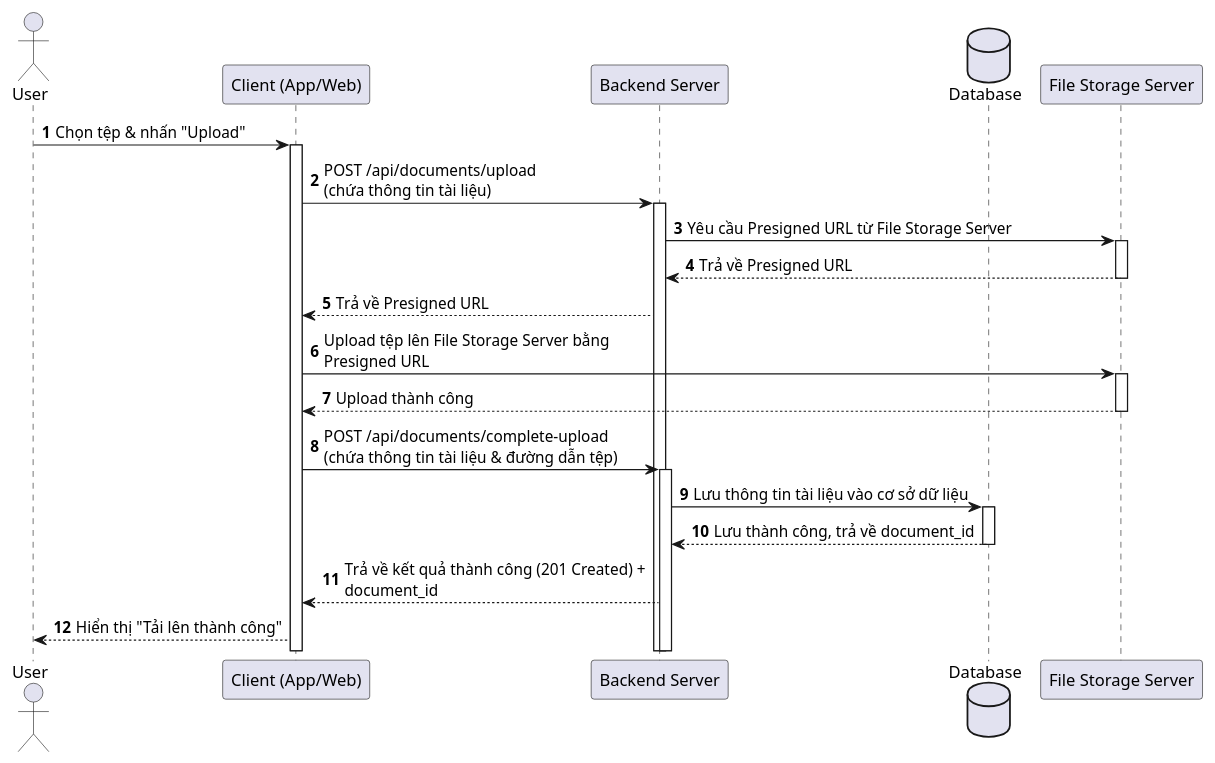
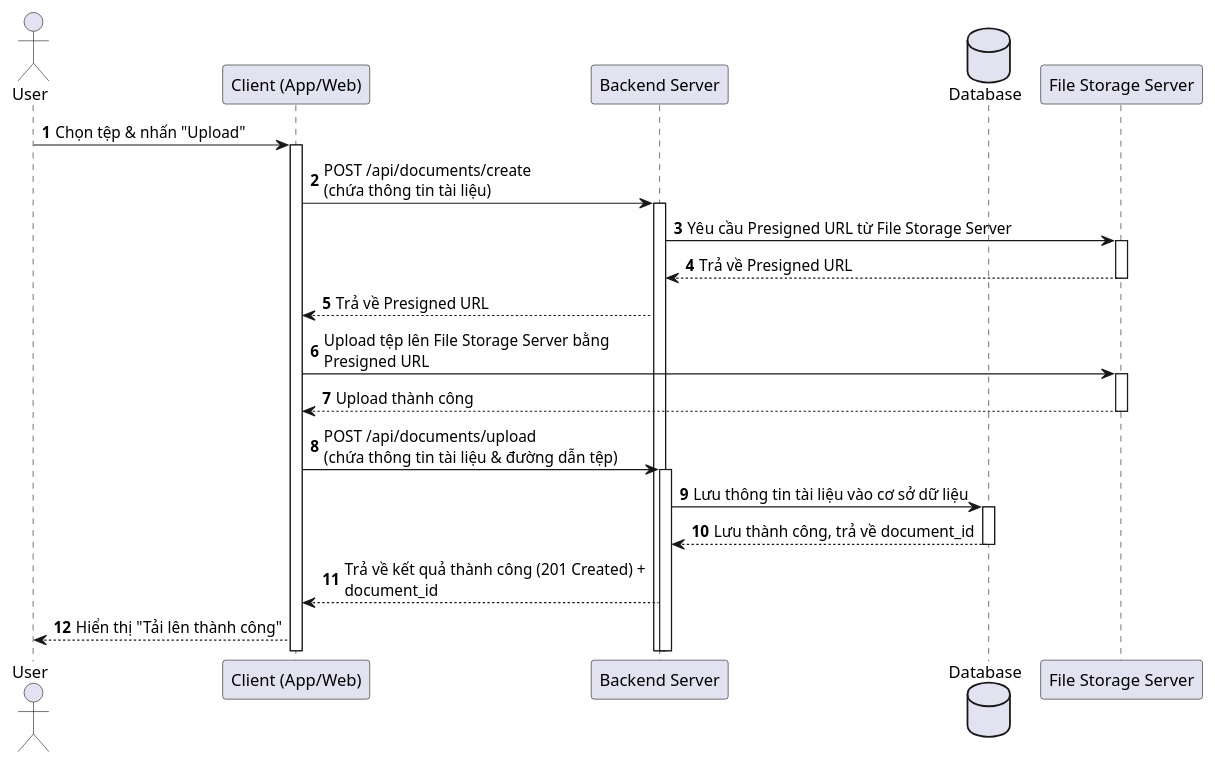
The diagram in docs/diagrams/sequence/documents/upload-document-seq.wsd (huycitEIU/eiu-archive-dev), drawn with PlantUML before and after one commit.

Commit message:
fix: correct API endpoint names in upload document sequence diagram for accuracy

```diff
--- a/docs/diagrams/sequence/documents/upload-document-seq.wsd
+++ b/docs/diagrams/sequence/documents/upload-document-seq.wsd
@@ -1,34 +1,34 @@
 @startuml UploadDocumentSequence
     autonumber
     actor "User" as user
     participant "Client (App/Web)" as client
     participant "Backend Server" as server
     database "Database" as db
     participant "File Storage Server" as fileStorage
 
     skinparam maxMessageSize 300
 
     'Đăng tải tài liệu lên theo mô hình Presigned URL
     user -> client: Chọn tệp & nhấn "Upload"
     activate client
-    client -> server: POST /api/documents/upload \n(chứa thông tin tài liệu)
+    client -> server: POST /api/documents/create \n(chứa thông tin tài liệu)
     activate server
     server -> fileStorage: Yêu cầu Presigned URL từ File Storage Server
     activate fileStorage
     fileStorage --> server: Trả về Presigned URL
     deactivate fileStorage
     server --> client: Trả về Presigned URL
     client -> fileStorage: Upload tệp lên File Storage Server bằng Presigned URL
     activate fileStorage
     fileStorage --> client: Upload thành công
     deactivate fileStorage
-    client -> server: POST /api/documents/complete-upload \n(chứa thông tin tài liệu & đường dẫn tệp)
+    client -> server: POST /api/documents/upload \n(chứa thông tin tài liệu & đường dẫn tệp)
     activate server
     server -> db: Lưu thông tin tài liệu vào cơ sở dữ liệu
     activate db
     db --> server: Lưu thành công, trả về document_id
     deactivate db
     server --> client: Trả về kết quả thành công (201 Created) + document_id
     client --> user: Hiển thị "Tải lên thành công"
 
 @enduml
```
